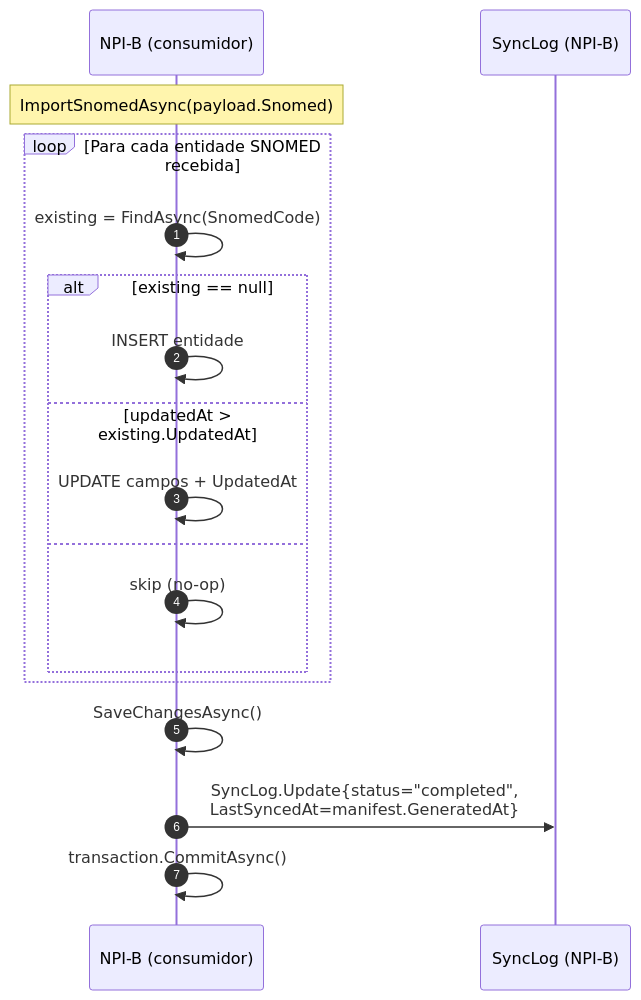
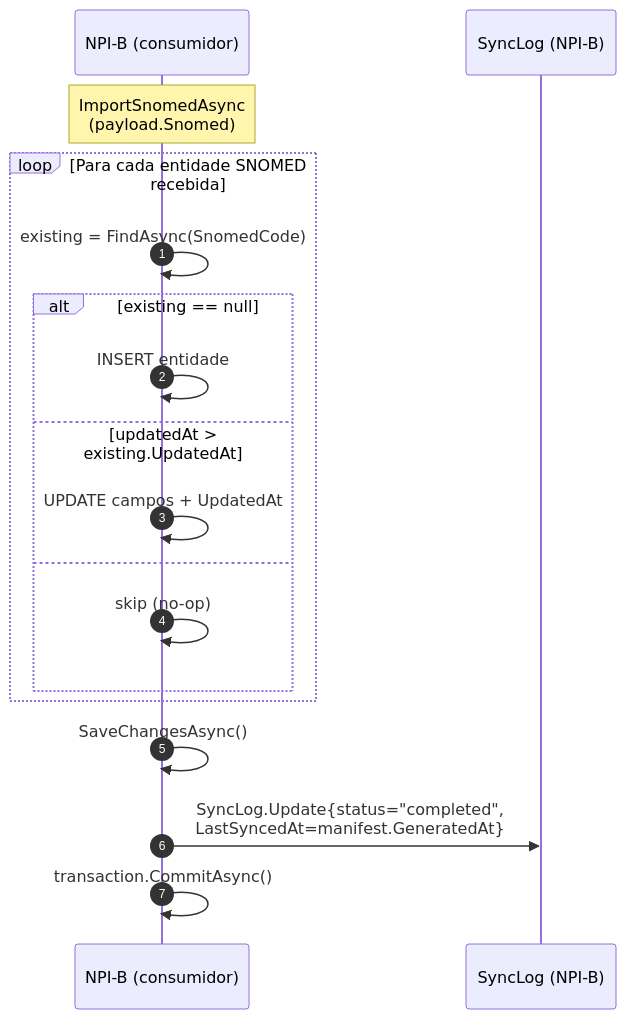
The diagram in figuras/Desenvolvimento/NPI/sync-catalogo-3-import.mmd (VitorAndTxr/TCC-Vitor), drawn with Mermaid before and after one commit. The commit also changed 8 other files, not shown here.

Commit message:
Mais correção em diagramas do apendice A1

```diff
--- a/figuras/Desenvolvimento/NPI/sync-catalogo-3-import.mmd
+++ b/figuras/Desenvolvimento/NPI/sync-catalogo-3-import.mmd
@@ -1,25 +1,25 @@
 %% ============================================================
 %% Sincronizacao SNOMED - Parte 3/3: upsert + commit
 %% Referenciado em: cap-experimentos-resultados.tex (4.2.5.2)
 %% Label: fig:NPISyncCatalogoImport
 %% ============================================================
 sequenceDiagram
     autonumber
     participant B as NPI-B (consumidor)
     participant LB as SyncLog (NPI-B)
 
-    Note over B: ImportSnomedAsync(payload.Snomed)
+    Note over B: ImportSnomedAsync<br/>(payload.Snomed)
     loop Para cada entidade SNOMED recebida
         B->>B: existing = FindAsync(SnomedCode)
         alt existing == null
             B->>B: INSERT entidade
         else updatedAt > existing.UpdatedAt
             B->>B: UPDATE campos + UpdatedAt
         else
             B->>B: skip (no-op)
         end
     end
 
     B->>B: SaveChangesAsync()
     B->>LB: SyncLog.Update{status="completed",<br/>LastSyncedAt=manifest.GeneratedAt}
     B->>B: transaction.CommitAsync()
```
